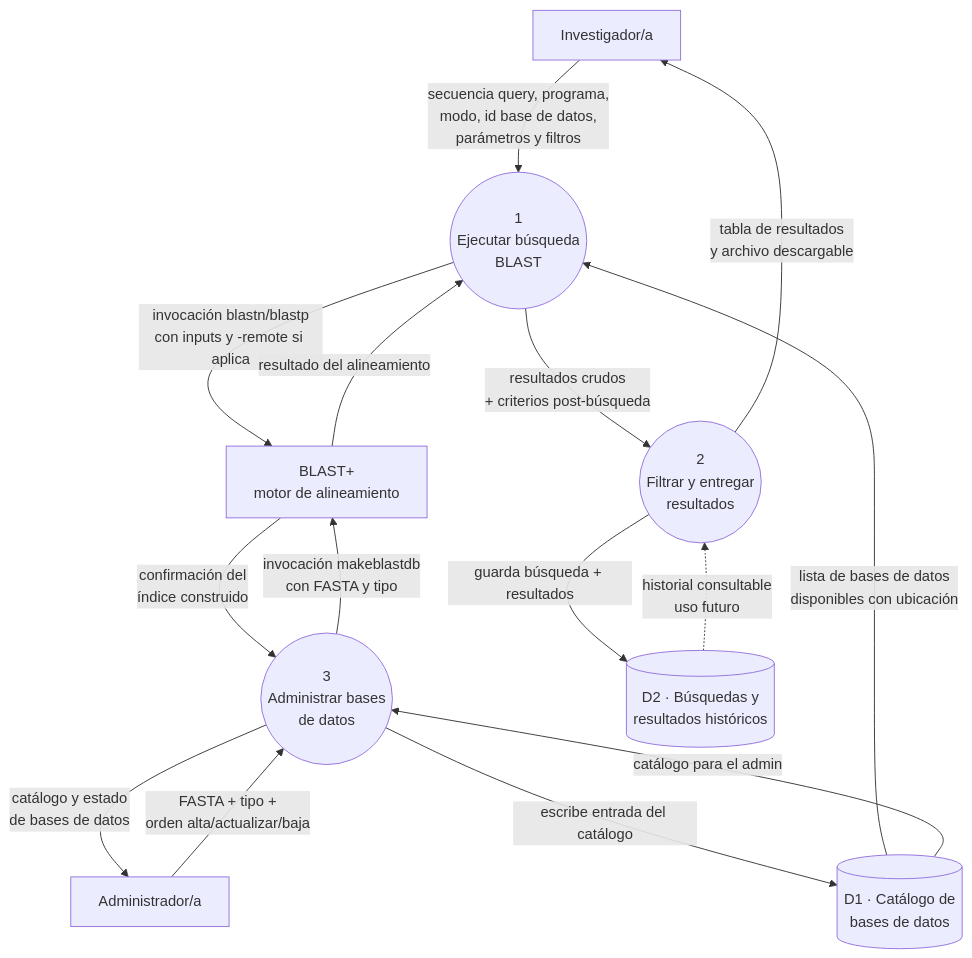
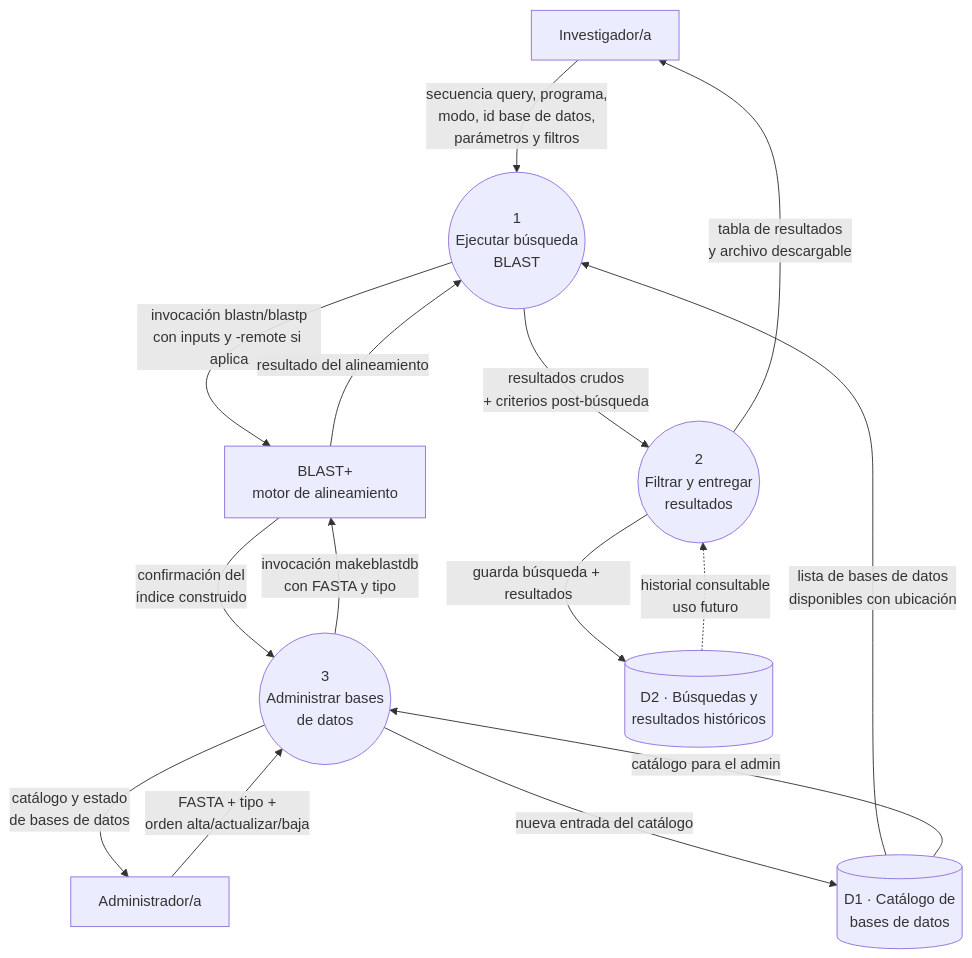
Before and after one commit to agwursten/Secondary-Repo-GUI-Blast: the second of 2 diagrams in docs/architecture/contexto-inicial.md, drawn with Mermaid.

````diff
--- a/docs/architecture/contexto-inicial.md
+++ b/docs/architecture/contexto-inicial.md
@@ -45,38 +45,38 @@
 ```mermaid
 flowchart TD
     INV[Investigador/a]
     ADM[Administrador/a]
     BLAST[BLAST+<br/>motor de alineamiento]
 
     P1((1<br/>Ejecutar búsqueda<br/>BLAST))
     P2((2<br/>Filtrar y entregar<br/>resultados))
     P3((3<br/>Administrar bases<br/>de datos))
 
     D1[(D1 · Catálogo de<br/>bases de datos)]
     D2[(D2 · Búsquedas y<br/>resultados históricos)]
 
     %% Flujos externos — Investigador
     INV -->|secuencia query, programa,<br/>modo, id base de datos,<br/>parámetros y filtros| P1
     P2 -->|tabla de resultados<br/>y archivo descargable| INV
 
     %% Flujos externos — Administrador
     ADM -->|FASTA + tipo +<br/>orden alta/actualizar/baja| P3
     P3 -->|catálogo y estado<br/>de bases de datos| ADM
 
     %% Flujos externos — BLAST+
     P1 -->|invocación blastn/blastp<br/>con inputs y -remote si aplica| BLAST
     BLAST -->|resultado del alineamiento| P1
     P3 -->|invocación makeblastdb<br/>con FASTA y tipo| BLAST
     BLAST -->|confirmación del<br/>índice construido| P3
 
     %% Flujos internos entre procesos
     P1 -->|resultados crudos<br/>+ criterios post-búsqueda| P2
 
     %% Flujos con almacenes
-    P3 -->|escribe entrada del catálogo| D1
+    P3 -->|nueva entrada del catálogo| D1
     D1 -->|lista de bases de datos<br/>disponibles con ubicación| P1
     D1 -->|catálogo para el admin| P3
 
     P2 -->|guarda búsqueda + resultados| D2
     D2 -.->|historial consultable<br/>uso futuro| P2
 ```
````
